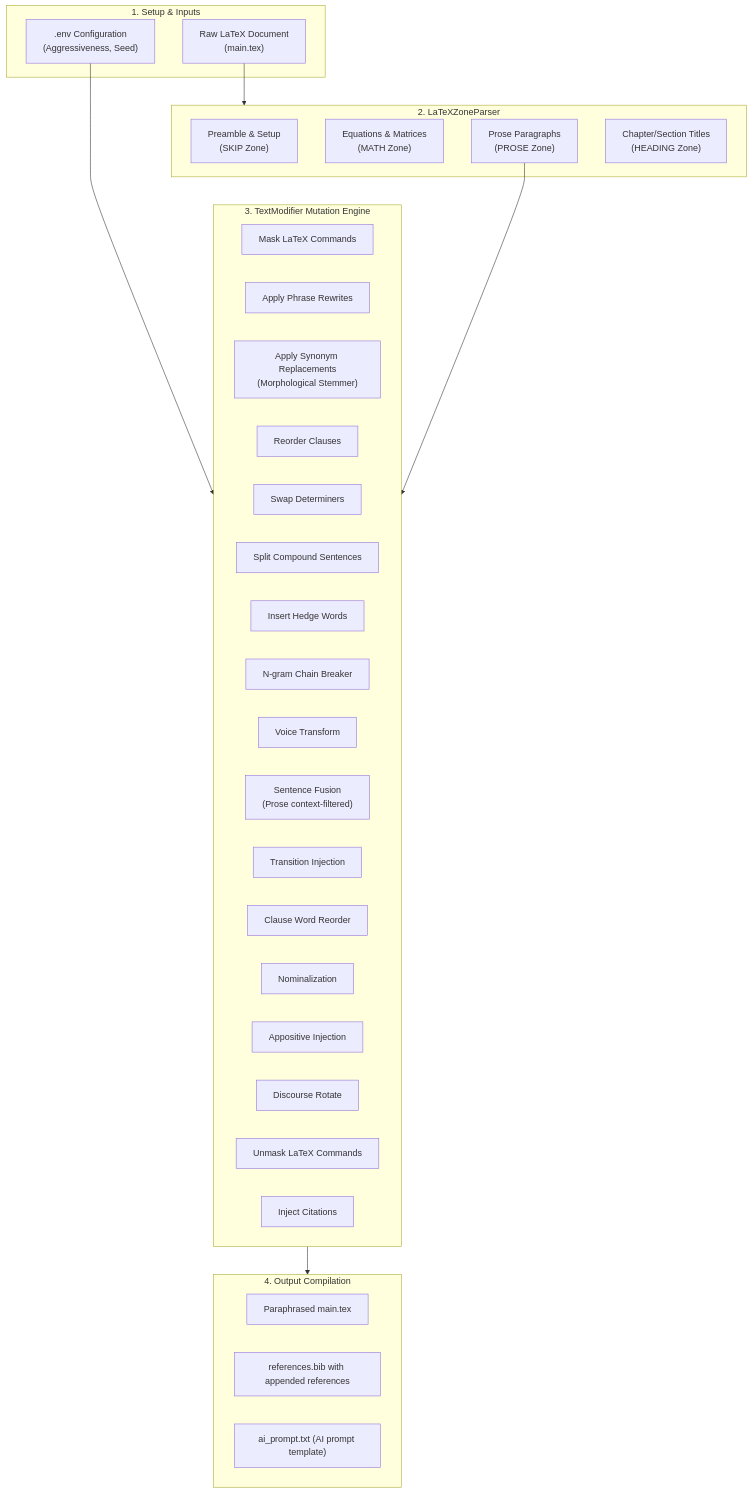
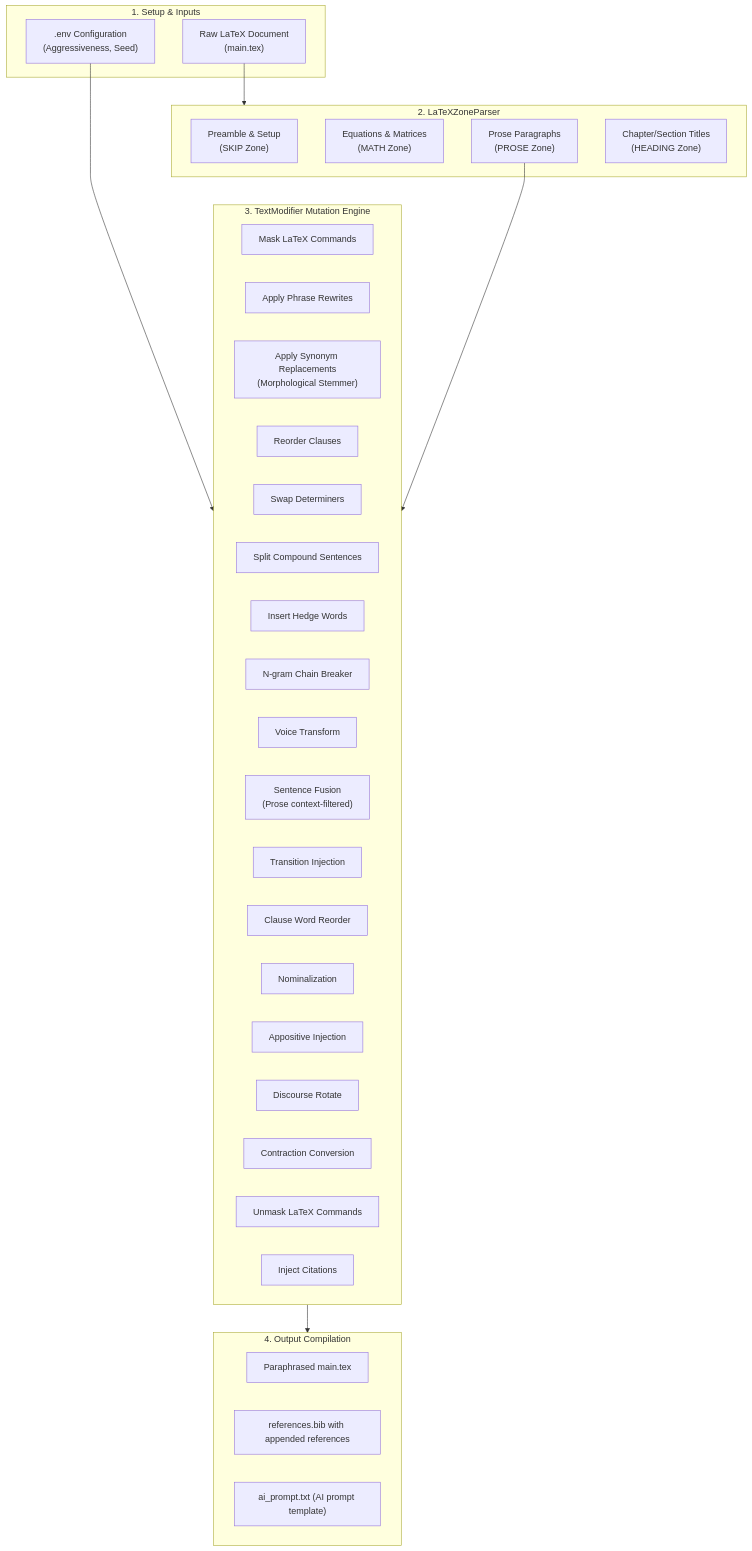
Before and after one commit to AhmadHassan-BTed/Turnitout: the first of 3 diagrams in README.md, drawn with Mermaid. The commit also changed 7 other files, not shown here.

Commit message:
feat: implement contraction conversion transformation stage and add comprehensive unit tests

````diff
--- a/README.md
+++ b/README.md
@@ -142,42 +142,43 @@
 ```mermaid
 flowchart TD
     subgraph Inputs ["1. Setup & Inputs"]
         Raw["Raw LaTeX Document\n(main.tex)"]
         Env[".env Configuration\n(Aggressiveness, Seed)"]
     end
     subgraph Parser ["2. LaTeXZoneParser"]
         Z1["Preamble & Setup\n(SKIP Zone)"]
         Z2["Equations & Matrices\n(MATH Zone)"]
         Z3["Prose Paragraphs\n(PROSE Zone)"]
         Z4["Chapter/Section Titles\n(HEADING Zone)"]
     end
     subgraph Modifier ["3. TextModifier Mutation Engine"]
         PH["Mask LaTeX Commands"]
         PR["Apply Phrase Rewrites"]
         SR["Apply Synonym Replacements\n(Morphological Stemmer)"]
         CO["Reorder Clauses"]
         DS["Swap Determiners"]
         CS["Split Compound Sentences"]
         HI["Insert Hedge Words"]
         NB["N-gram Chain Breaker"]
         VT["Voice Transform"]
         SF["Sentence Fusion\n(Prose context-filtered)"]
         TI["Transition Injection"]
         WR["Clause Word Reorder"]
         NM["Nominalization"]
         AP["Appositive Injection"]
         DR["Discourse Rotate"]
+        CC["Contraction Conversion"]
         UN["Unmask LaTeX Commands"]
         CI["Inject Citations"]
     end
     subgraph Output ["4. Output Compilation"]
         Mod["Paraphrased main.tex"]
         Bib["references.bib with appended references"]
         Prompt["ai_prompt.txt (AI prompt template)"]
     end
 
     Raw --> Parser
     Env --> Modifier
     Z3 --> Modifier
     Modifier --> Output
 ```
````
